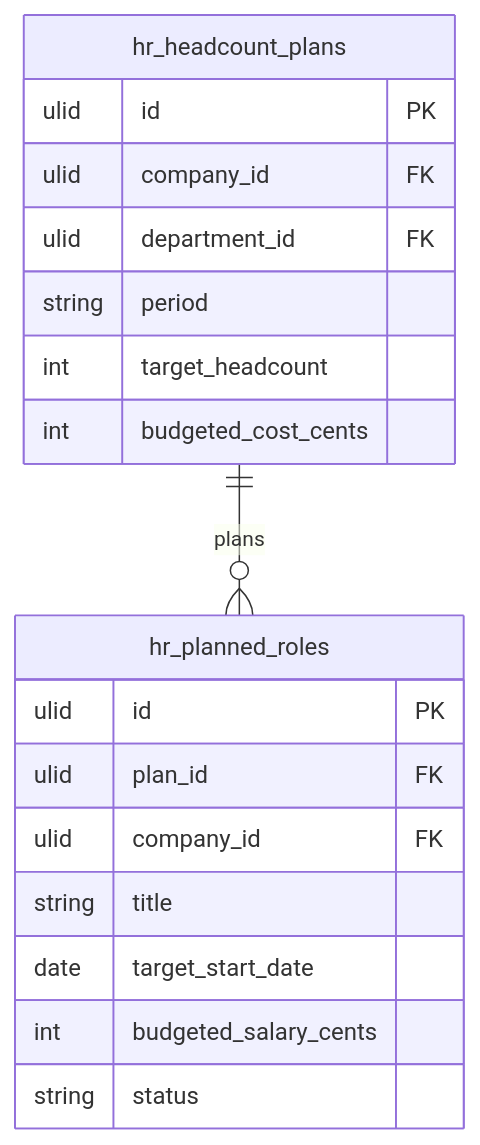
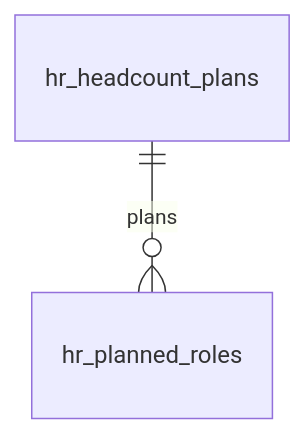
Before and after one commit to Max-Nijenkamp/FlowFlex: the diagram in vault/domains/hr/workforce-planning.md, drawn with Mermaid. The commit also changed other lines of this file and 16 other files, not shown here.

````diff
--- a/vault/domains/hr/workforce-planning.md
+++ b/vault/domains/hr/workforce-planning.md
@@ -32,21 +77,4 @@
 ```mermaid
 erDiagram
-    hr_headcount_plans {
-        ulid id PK
-        ulid company_id FK
-        ulid department_id FK
-        string period
-        int target_headcount
-        int budgeted_cost_cents
-    }
-    hr_planned_roles {
-        ulid id PK
-        ulid plan_id FK
-        ulid company_id FK
-        string title
-        date target_start_date
-        int budgeted_salary_cents
-        string status
-    }
     hr_headcount_plans ||--o{ hr_planned_roles : "plans"
 ```
````
